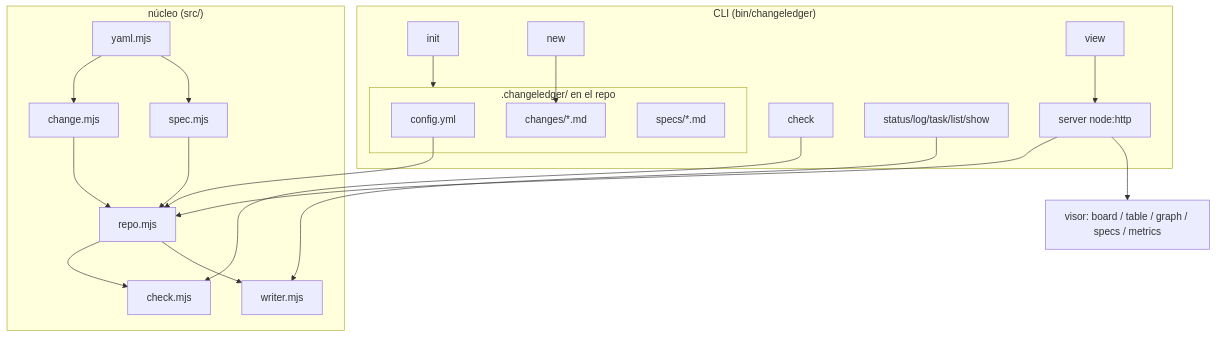
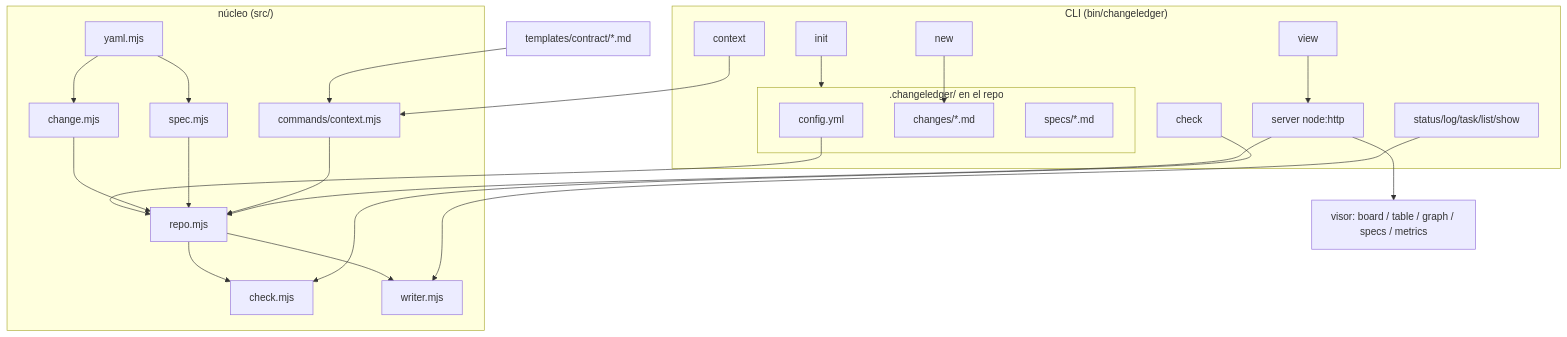
Before and after one commit to rarc88/changeledger: the diagram in .changeledger/specs/architecture.md, drawn with Mermaid. The commit also changed other lines of this file and 3 other files, not shown here.

Commit message:
docs(context): graduate dynamic context contract [#20260627-205033]

````diff
--- a/.changeledger/specs/architecture.md
+++ b/.changeledger/specs/architecture.md
@@ -18,26 +19,29 @@
 ```mermaid
 flowchart TD
   subgraph repo[".changeledger/ en el repo"]
     CFG[config.yml]
     CH[changes/*.md]
     SP[specs/*.md]
   end
   subgraph core["núcleo (src/)"]
     YAML[yaml.mjs] --> CHANGE[change.mjs]
     YAML --> SPEC[spec.mjs]
     CFG --> REPO[repo.mjs]
     CHANGE --> REPO
     SPEC --> REPO
     REPO --> CHECK[check.mjs]
     REPO --> WRITER[writer.mjs]
+    CT[commands/context.mjs] --> REPO
   end
+  FRAG[templates/contract/*.md] --> CT
   subgraph cli["CLI (bin/changeledger)"]
     INIT[init] --> repo
     NEW[new] --> CH
     CHECKC[check] --> CHECK
+    CONTEXT[context] --> CT
     AGENT[status/log/task/list/show] --> WRITER
     VIEW[view] --> SRV
   end
   SRV[server node:http] --> REPO
   SRV --> UI[visor: board / table / graph / specs / metrics]
 ```
````
